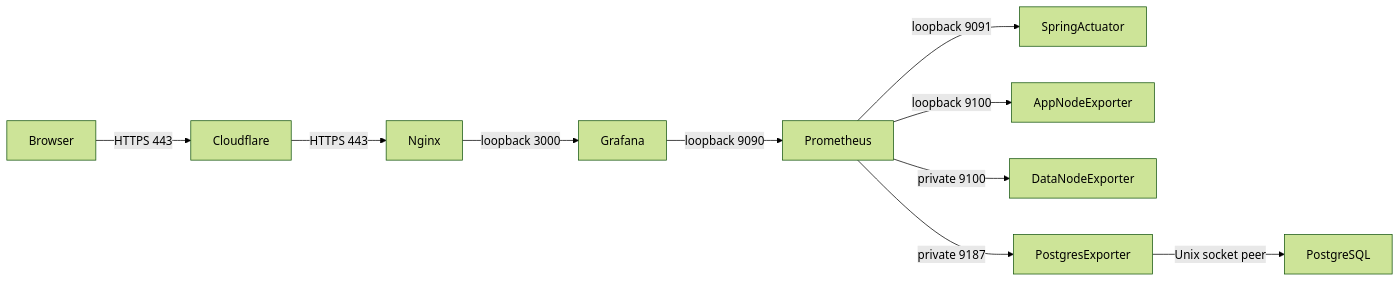
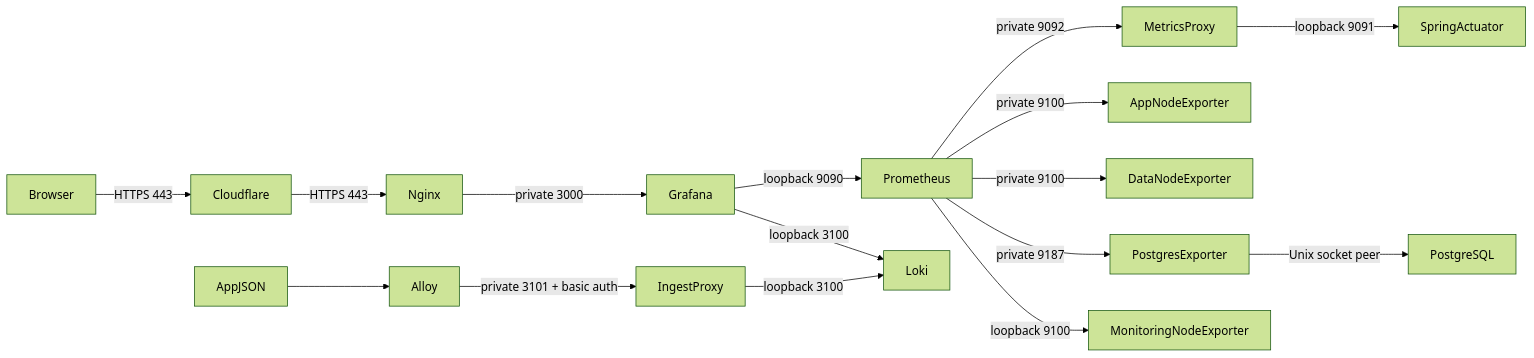
One commit to Yanus306/yanus-groupware-BE changed the diagram in docs/observability.md. Above: the diagram before and after it, drawn with Mermaid (forest theme). The commit also changed other lines of this file, not shown here.

````diff
--- a/docs/observability.md
+++ b/docs/observability.md
@@ -40,12 +42,18 @@
 ```mermaid
 flowchart LR
     Browser -->|HTTPS 443| Cloudflare
     Cloudflare -->|HTTPS 443| Nginx
-    Nginx -->|loopback 3000| Grafana
+    Nginx -->|private 3000| Grafana
     Grafana -->|loopback 9090| Prometheus
-    Prometheus -->|loopback 9091| SpringActuator
-    Prometheus -->|loopback 9100| AppNodeExporter
+    Prometheus -->|private 9092| MetricsProxy
+    MetricsProxy -->|loopback 9091| SpringActuator
+    Prometheus -->|private 9100| AppNodeExporter
     Prometheus -->|private 9100| DataNodeExporter
     Prometheus -->|private 9187| PostgresExporter
+    Prometheus -->|loopback 9100| MonitoringNodeExporter
     PostgresExporter -->|Unix socket peer| PostgreSQL
+    AppJSON --> Alloy
+    Alloy -->|private 3101 + basic auth| IngestProxy
+    IngestProxy -->|loopback 3100| Loki
+    Grafana -->|loopback 3100| Loki
 ```
````
